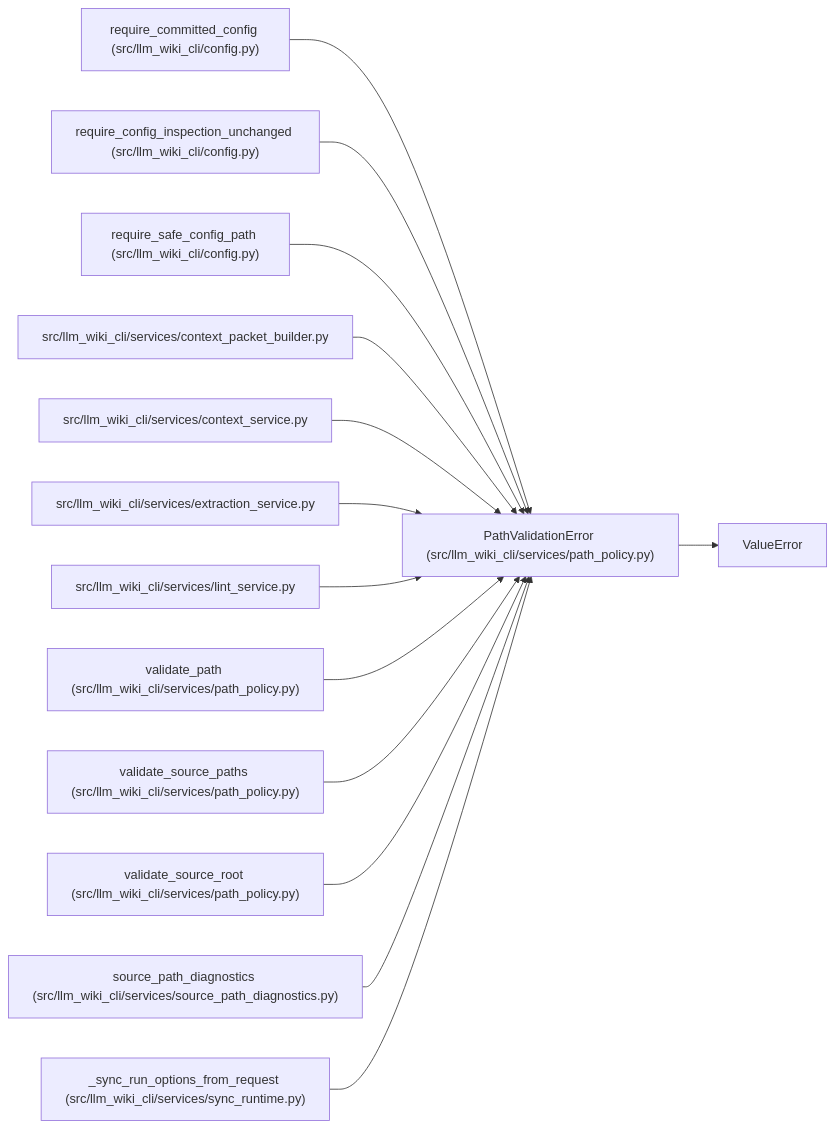
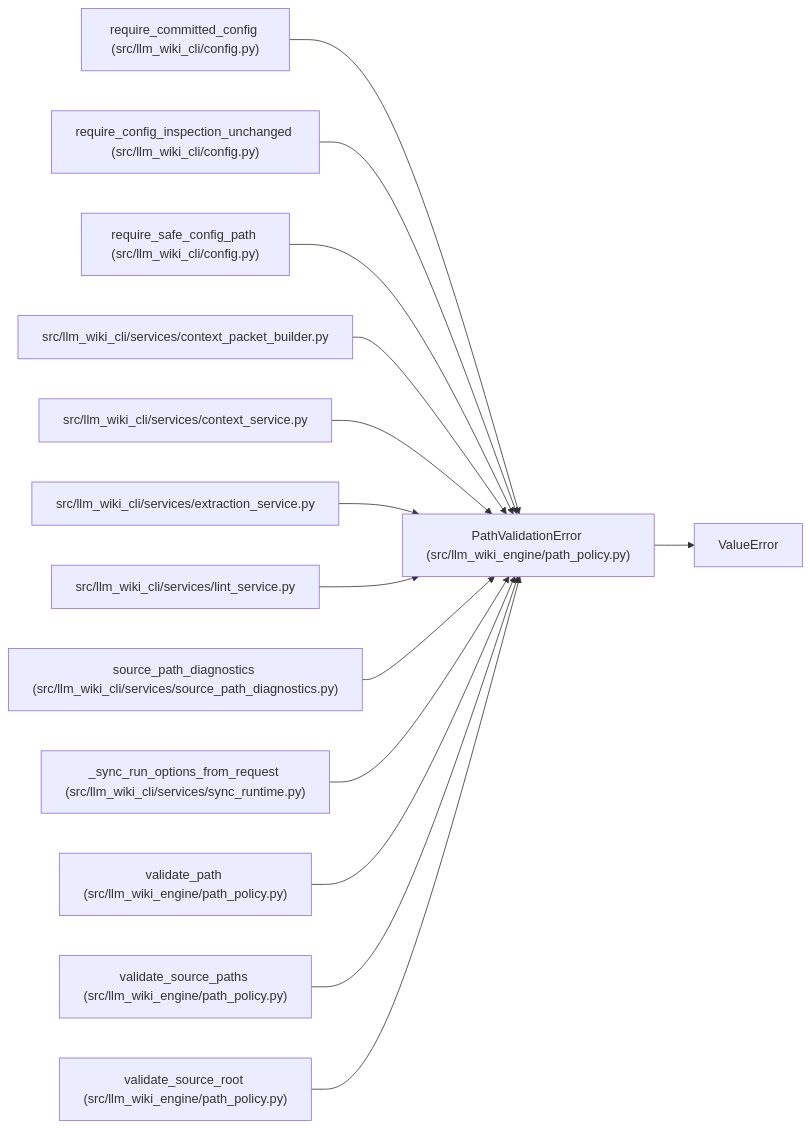
One commit to Denissvgn/python-wiki-llm changed the diagram in docs/llm_wiki/entities/PathValidationError.md. Above: the diagram before and after it, drawn with Mermaid. The commit also changed other lines of this file and 739 other files, not shown here.

First line of the commit message:
docs: refresh the wiki for the second engine batch

````diff
--- a/docs/llm_wiki/entities/PathValidationError.md
+++ b/docs/llm_wiki/entities/PathValidationError.md
@@ -23,43 +23,43 @@
 ```mermaid
 flowchart LR
-    n0["PathValidationError (src/llm_wiki_cli/services/path_policy.py)"]
+    n0["PathValidationError (src/llm_wiki_engine/path_policy.py)"]
     n1["ValueError"]
     n2["require_committed_config (src/llm_wiki_cli/config.py)"]
     n3["require_config_inspection_unchanged (src/llm_wiki_cli/config.py)"]
     n4["require_safe_config_path (src/llm_wiki_cli/config.py)"]
     n5["src/llm_wiki_cli/services/context_packet_builder.py"]
     n6["src/llm_wiki_cli/services/context_service.py"]
     n7["src/llm_wiki_cli/services/extraction_service.py"]
     n8["src/llm_wiki_cli/services/lint_service.py"]
-    n9["validate_path (src/llm_wiki_cli/services/path_policy.py)"]
-    n10["validate_source_paths (src/llm_wiki_cli/services/path_policy.py)"]
-    n11["validate_source_root (src/llm_wiki_cli/services/path_policy.py)"]
-    n12["source_path_diagnostics (src/llm_wiki_cli/services/source_path_diagnostics.py)"]
-    n13["_sync_run_options_from_request (src/llm_wiki_cli/services/sync_runtime.py)"]
+    n9["source_path_diagnostics (src/llm_wiki_cli/services/source_path_diagnostics.py)"]
+    n10["_sync_run_options_from_request (src/llm_wiki_cli/services/sync_runtime.py)"]
+    n11["validate_path (src/llm_wiki_engine/path_policy.py)"]
+    n12["validate_source_paths (src/llm_wiki_engine/path_policy.py)"]
+    n13["validate_source_root (src/llm_wiki_engine/path_policy.py)"]
     n0 --> n1
     n2 --> n0
     n3 --> n0
     n4 --> n0
     n5 --> n0
     n6 --> n0
     n7 --> n0
     n8 --> n0
     n9 --> n0
     n10 --> n0
     n11 --> n0
     n12 --> n0
     n13 --> n0
     click n0 "../modules/path_policy.md"
     click n2 "../modules/config.md"
     click n3 "../modules/config.md"
     click n4 "../modules/config.md"
     click n5 "../modules/context_packet_builder.md"
     click n6 "../modules/context_service.md"
     click n7 "../modules/extraction_service.md"
     click n8 "../modules/lint_service.md"
-    click n9 "../modules/path_policy.md"
-    click n10 "../modules/path_policy.md"
+    click n9 "../modules/source_path_diagnostics.md"
+    click n10 "../modules/sync_runtime.md"
     click n11 "../modules/path_policy.md"
-    click n12 "../modules/source_path_diagnostics.md"
-    click n13 "../modules/sync_runtime.md"
+    click n12 "../modules/path_policy.md"
+    click n13 "../modules/path_policy.md"
 ```
````
